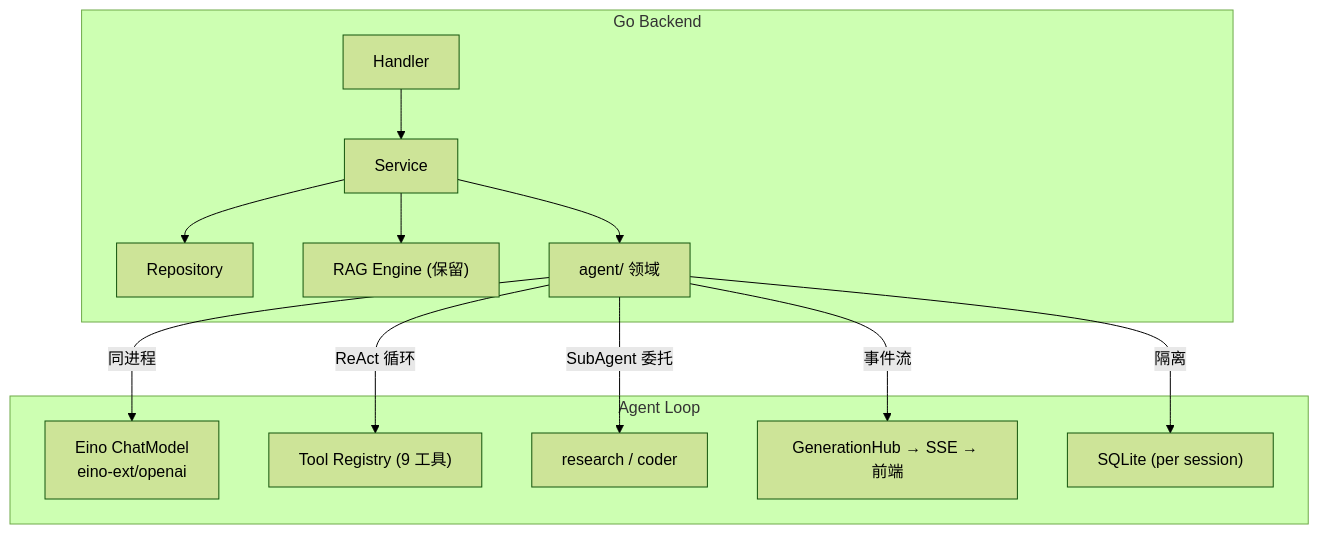
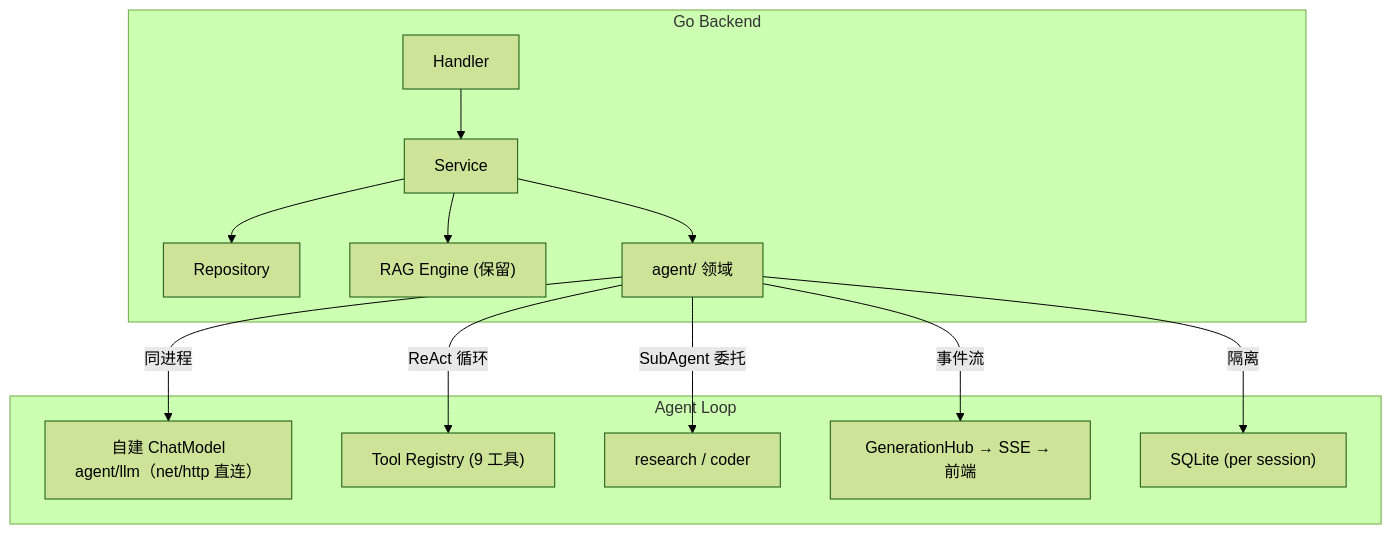
The third of 6 diagrams in docs/ROADMAP.md (int2t05/Cognik), drawn with Mermaid (forest theme) before and after one commit. The commit also changed other lines of this file and 14 other files, not shown here.

````diff
--- a/docs/ROADMAP.md
+++ b/docs/ROADMAP.md
@@ -181,15 +181,15 @@
 ```mermaid
 flowchart TB
     subgraph Go["Go Backend"]
         H["Handler"] --> S["Service"] --> R["Repository"]
         S --> RAG["RAG Engine (保留)"]
         S --> AG["agent/ 领域"]
     end
     subgraph AgentLoop["Agent Loop"]
-        AG -->|"同进程"| LLM["Eino ChatModel<br/>eino-ext/openai"]
+        AG -->|"同进程"| LLM["自建 ChatModel<br/>agent/llm（net/http 直连）"]
         AG -->|"ReAct 循环"| TOOLS["Tool Registry (9 工具)"]
         AG -->|"SubAgent 委托"| SUB["research / coder"]
         AG -->|"事件流"| SSE["GenerationHub → SSE → 前端"]
         AG -->|"隔离"| SQLite["SQLite (per session)"]
     end
 ```
````
